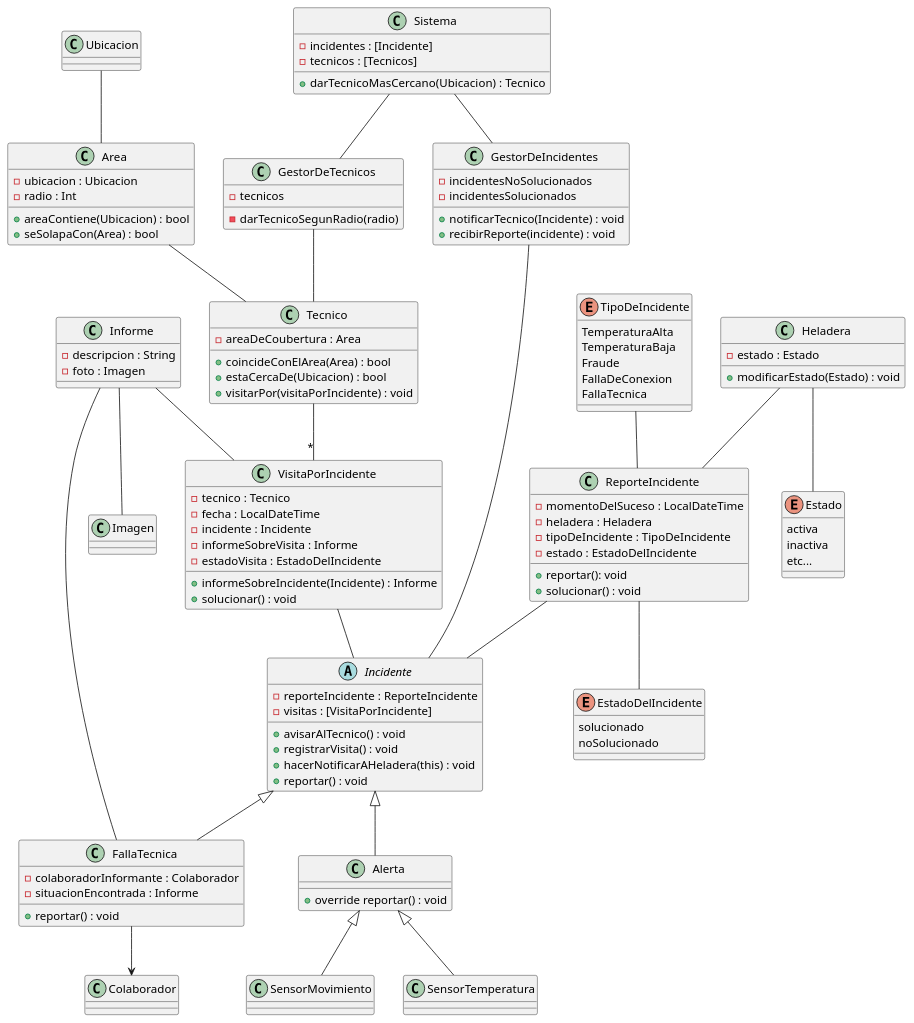
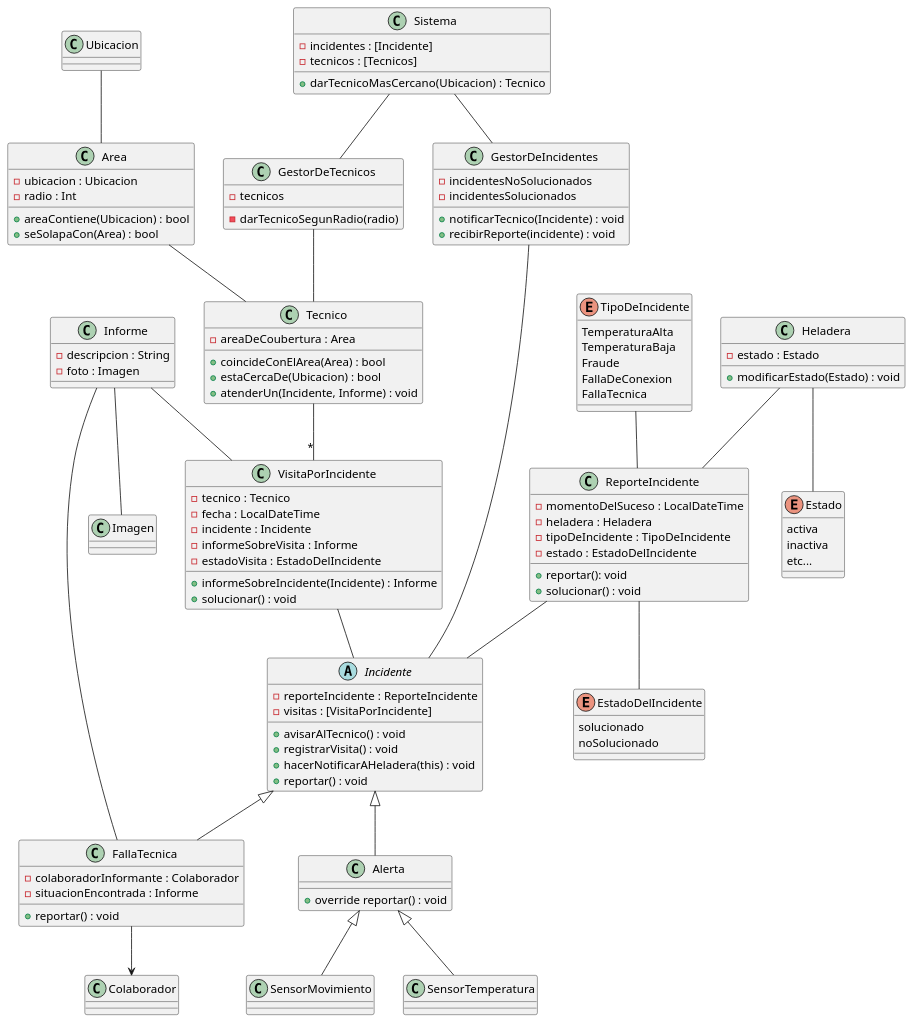
The diagram in TP-Anual/Entrega3/incidentes.puml (GonzaloFernandez20/DDS-K3002-2024-Grupo8), drawn with PlantUML before and after one commit.

Commit message:
Implementacion de incidentes sin las alertas

```diff
--- a/TP-Anual/Entrega3/incidentes.puml
+++ b/TP-Anual/Entrega3/incidentes.puml
@@ -1,133 +1,133 @@
 @startuml incidentes
 abstract class Incidente{
     -reporteIncidente : ReporteIncidente
     - visitas : [VisitaPorIncidente]
     'Cambia el estadoDelIncidente a solucionado y activa a la heladera'
     +avisarAlTecnico() : void
     'Lo pongo para no olvidarnos de que hay que hacerlo'
     +registrarVisita() : void
     ' vi
     'Lo pongo para no olvidarnos de que hay que hacerlo'
     +hacerNotificarAHeladera(this) : void 
     + reportar() : void 
     ' gestorIncidentes.recibirReporte(this) y esto hace incidentesActivos.add(incidente)
     ' heladera cambia a inactiva y reporteIncidente.reportar()
 }
 
 class GestorDeIncidentes {
     - incidentesNoSolucionados
     - incidentesSolucionados
     +notificarTecnico(Incidente) : void
     + recibirReporte(incidente) : void 
     ' darTecnicoSegunRadio radio) devuelve un tecnico
     ' crea una visitaPorIncidente y hace solucionar()
 }
 
 class GestorDeTecnicos {
     - tecnicos
     - darTecnicoSegunRadio(radio)
     ' devuelve un tecnico
 }
 
 class Sistema {
     - incidentes : [Incidente]
     - tecnicos : [Tecnicos]
     + darTecnicoMasCercano(Ubicacion) : Tecnico
 }
 
 enum TipoDeIncidente{
     TemperaturaAlta
     TemperaturaBaja
     Fraude
     FallaDeConexion
     FallaTecnica
 }
 
 class Alerta extends Incidente{
     + override reportar() : void
 }
 
 class SensorTemperatura extends Alerta {}
 class SensorMovimiento extends Alerta {}
 
 class FallaTecnica extends Incidente{
     - colaboradorInformante : Colaborador
     - situacionEncontrada : Informe
     + reportar() : void
 }
 
 class Tecnico{
     - areaDeCoubertura : Area
     + coincideConElArea(Area) : bool
     + estaCercaDe(Ubicacion) : bool
-    + visitarPor(visitaPorIncidente) : void 
+    + atenderUn(Incidente, Informe) : void 
 }
 
 enum EstadoDelIncidente{
     solucionado
     noSolucionado
 }
 
 ' las visitas deben quedar en el sistema
 class VisitaPorIncidente{
     - tecnico : Tecnico 
     - fecha : LocalDateTime
     - incidente : Incidente
     - informeSobreVisita : Informe
     - estadoVisita : EstadoDelIncidente 
     + informeSobreIncidente(Incidente) : Informe
     + solucionar() : void
     ' tecnico.visitarPor(this)
 }
 
 class Informe {
     - descripcion : String
     - foto : Imagen
 }
 
 class ReporteIncidente {
     -momentoDelSuceso : LocalDateTime
     -heladera : Heladera
     -tipoDeIncidente : TipoDeIncidente
     -estado : EstadoDelIncidente
     + reportar(): void
     +solucionar() : void
 }
 
 class Heladera {
     -estado : Estado
     +modificarEstado(Estado) : void
 'tiene sentido que un técnico conozca al incidente'
     }
 
 enum Estado {
     activa
     inactiva
     etc...
 }
 class Ubicacion{}
 class Area{
     -ubicacion : Ubicacion
     -radio : Int
     +areaContiene(Ubicacion) : bool
     +seSolapaCon(Area) : bool
 
 }
 Ubicacion -- Area
 Area -- Tecnico
 Heladera -- Estado
 Heladera -- ReporteIncidente
 TipoDeIncidente -- ReporteIncidente
 FallaTecnica --> Colaborador
 Informe -- FallaTecnica
 Tecnico --"*" VisitaPorIncidente
 VisitaPorIncidente -- Incidente
 Informe -- VisitaPorIncidente
 ReporteIncidente -- EstadoDelIncidente
 Informe -- Imagen
 GestorDeIncidentes -- Incidente 
 GestorDeTecnicos -- Tecnico 
 Sistema -- GestorDeIncidentes
 Sistema -- GestorDeTecnicos
 ReporteIncidente -- Incidente
 @enduml
```
